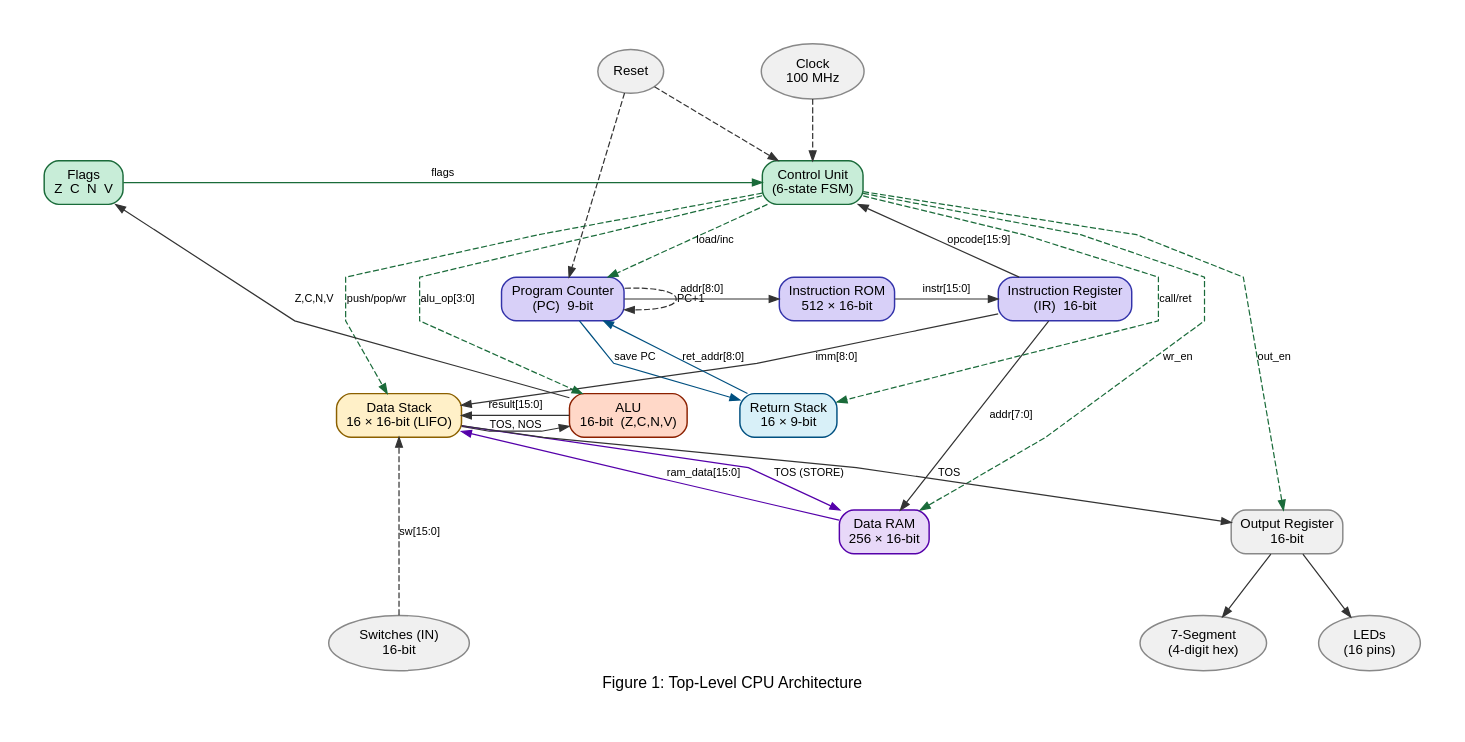
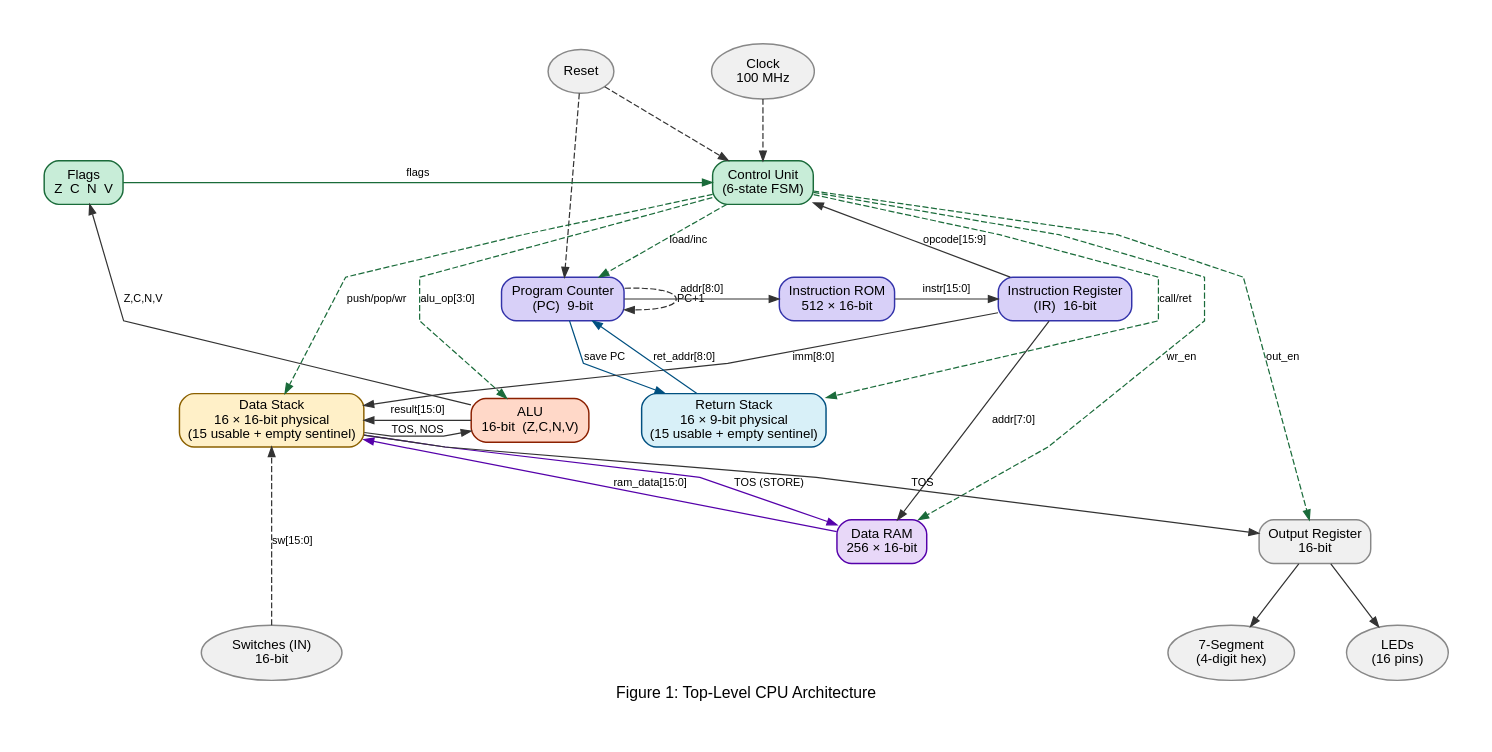
Before and after one commit to Faruk982/stack_cpu: the first of 5 diagrams in report.md, drawn with Graphviz. The commit also changed other lines of this file and 4 other files, not shown here.

````diff
--- a/report.md
+++ b/report.md
@@ -43,66 +43,66 @@
 ```graphviz
 digraph top_level {
     graph [rankdir=TB, label="Figure 1: Top-Level CPU Architecture", labelloc=b,
            fontname="Arial", fontsize=13, splines=polyline, nodesep=0.6, ranksep=0.7,
            bgcolor=white, pad=0.4]
     node  [fontname="Arial", fontsize=11, shape=box, style="filled,rounded",
            fillcolor="#EEF2FF", color="#3333AA", penwidth=1.2, height=0.5]
     edge  [fontname="Arial", fontsize=9, color="#333333", arrowsize=0.8]
 
     CLK   [label="Clock\n100 MHz", shape=ellipse, fillcolor="#F0F0F0", color="#888888"]
     RST   [label="Reset", shape=ellipse, fillcolor="#F0F0F0", color="#888888"]
     PC    [label="Program Counter\n(PC)  9-bit", fillcolor="#D8D0F8"]
     ROM   [label="Instruction ROM\n512 × 16-bit", fillcolor="#D8D0F8"]
     IR    [label="Instruction Register\n(IR)  16-bit", fillcolor="#D8D0F8"]
     CU    [label="Control Unit\n(6-state FSM)", fillcolor="#C8EDD8", color="#1a6b3a"]
     FLAGS [label="Flags\nZ  C  N  V", fillcolor="#C8EDD8", color="#1a6b3a"]
-    STACK [label="Data Stack\n16 × 16-bit (LIFO)", fillcolor="#FFF0C8", color="#8B6000"]
+    STACK [label="Data Stack\n16 × 16-bit physical\n(15 usable + empty sentinel)", fillcolor="#FFF0C8", color="#8B6000"]
     ALU   [label="ALU\n16-bit  (Z,C,N,V)", fillcolor="#FFD8C8", color="#8B2000"]
-    RSTK  [label="Return Stack\n16 × 9-bit", fillcolor="#D8F0F8", color="#005080"]
+    RSTK  [label="Return Stack\n16 × 9-bit physical\n(15 usable + empty sentinel)", fillcolor="#D8F0F8", color="#005080"]
     DRAM  [label="Data RAM\n256 × 16-bit", fillcolor="#E8D8F8", color="#5500AA"]
     OUTREG[label="Output Register\n16-bit", fillcolor="#F0F0F0", color="#888888"]
     LEDS  [label="LEDs\n(16 pins)", shape=ellipse, fillcolor="#F0F0F0", color="#888888"]
     SEG   [label="7-Segment\n(4-digit hex)", shape=ellipse, fillcolor="#F0F0F0", color="#888888"]
     SW    [label="Switches (IN)\n16-bit", shape=ellipse, fillcolor="#F0F0F0", color="#888888"]
 
     CLK -> CU [style=dashed]
     RST -> CU [style=dashed]
     RST -> PC [style=dashed]
 
     PC   -> ROM   [label="addr[8:0]"]
     ROM  -> IR    [label="instr[15:0]"]
     IR   -> CU    [label="opcode[15:9]"]
     PC   -> PC    [label="PC+1", style=dashed, constraint=false]
 
     CU   -> PC    [label="load/inc", style=dashed, color="#1a6b3a"]
     CU   -> STACK [label="push/pop/wr", style=dashed, color="#1a6b3a"]
     CU   -> ALU   [label="alu_op[3:0]", style=dashed, color="#1a6b3a"]
     CU   -> OUTREG[label="out_en", style=dashed, color="#1a6b3a"]
     CU   -> RSTK  [label="call/ret", style=dashed, color="#1a6b3a"]
     CU   -> DRAM  [label="wr_en", style=dashed, color="#1a6b3a"]
 
     STACK -> ALU   [label="TOS, NOS"]
     ALU   -> STACK [label="result[15:0]"]
     ALU   -> FLAGS [label="Z,C,N,V"]
     FLAGS -> CU    [label="flags", color="#1a6b3a"]
     IR    -> STACK [label="imm[8:0]"]
     IR    -> DRAM  [label="addr[7:0]"]
 
     RSTK  -> PC    [label="ret_addr[8:0]", color="#005080"]
     PC    -> RSTK  [label="save PC", color="#005080"]
     DRAM  -> STACK [label="ram_data[15:0]", color="#5500AA"]
     STACK -> DRAM  [label="TOS (STORE)", color="#5500AA"]
 
     STACK  -> OUTREG [label="TOS"]
     OUTREG -> LEDS
     OUTREG -> SEG
     SW     -> STACK  [label="sw[15:0]", style=dashed]
 
     { rank=source; CLK; RST }
     { rank=same;   PC; ROM; IR }
     { rank=same;   CU; FLAGS }
     { rank=same;   STACK; ALU; RSTK }
     { rank=same;   DRAM; OUTREG }
     { rank=sink;   LEDS; SEG; SW }
 }
 ```
````
